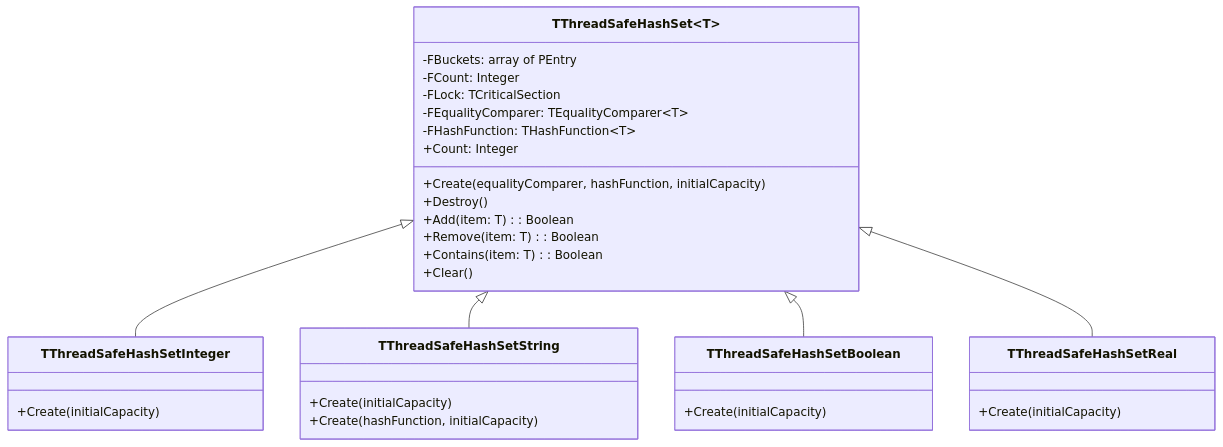
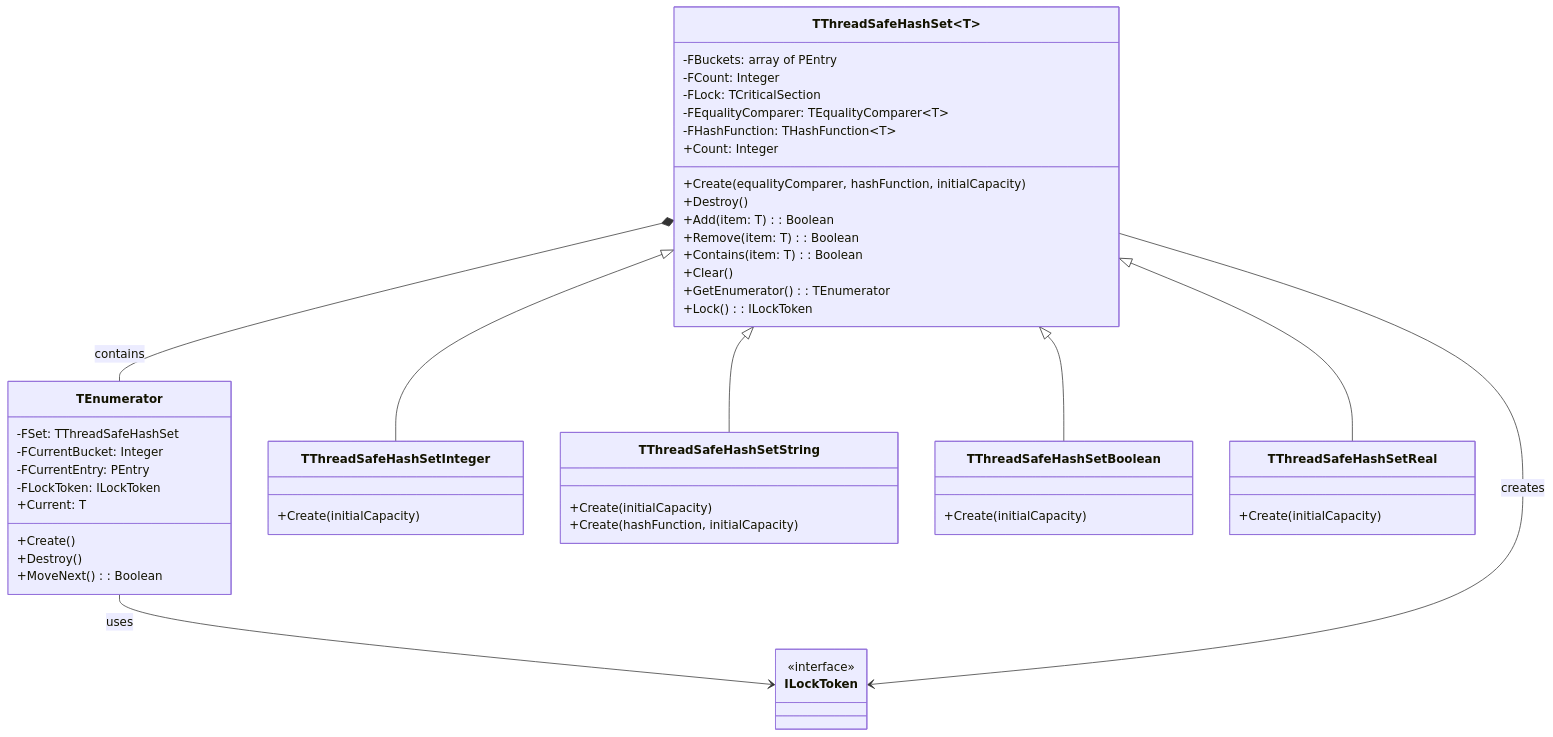
The diagram in docs/ThreadSafeCollections.HashSet.md (ikelaiah/threadsafecollections-fp), drawn with Mermaid before and after one commit. The commit also changed other lines of this file, not shown here.

Commit message:
Update - HashSet docs

````diff
--- a/docs/ThreadSafeCollections.HashSet.md
+++ b/docs/ThreadSafeCollections.HashSet.md
@@ -8,34 +8,52 @@
 ```mermaid
 classDiagram
 class TThreadSafeHashSet~T~ {
 -FBuckets: array of PEntry
 -FCount: Integer
 -FLock: TCriticalSection
 -FEqualityComparer: TEqualityComparer~T~
 -FHashFunction: THashFunction~T~
 +Create(equalityComparer, hashFunction, initialCapacity)
 +Destroy()
 +Add(item: T): Boolean
 +Remove(item: T): Boolean
 +Contains(item: T): Boolean
 +Clear()
 +Count: Integer
++GetEnumerator(): TEnumerator
++Lock(): ILockToken
+}
+class TEnumerator {
+-FSet: TThreadSafeHashSet
+-FCurrentBucket: Integer
+-FCurrentEntry: PEntry
+-FLockToken: ILockToken
++Create()
++Destroy()
++MoveNext(): Boolean
++Current: T
+}
+class ILockToken {
+<<interface>>
 }
 class TThreadSafeHashSetInteger {
 +Create(initialCapacity)
 }
 class TThreadSafeHashSetString {
 +Create(initialCapacity)
 +Create(hashFunction, initialCapacity)
 }
 class TThreadSafeHashSetBoolean {
 +Create(initialCapacity)
 }
 class TThreadSafeHashSetReal {
 +Create(initialCapacity)
 }
 TThreadSafeHashSet~T~ <|-- TThreadSafeHashSetInteger
 TThreadSafeHashSet~T~ <|-- TThreadSafeHashSetString
 TThreadSafeHashSet~T~ <|-- TThreadSafeHashSetBoolean
 TThreadSafeHashSet~T~ <|-- TThreadSafeHashSetReal
+TThreadSafeHashSet~T~ *-- TEnumerator : contains
+TEnumerator --> ILockToken : uses
+TThreadSafeHashSet~T~ --> ILockToken : creates
 ```
````
